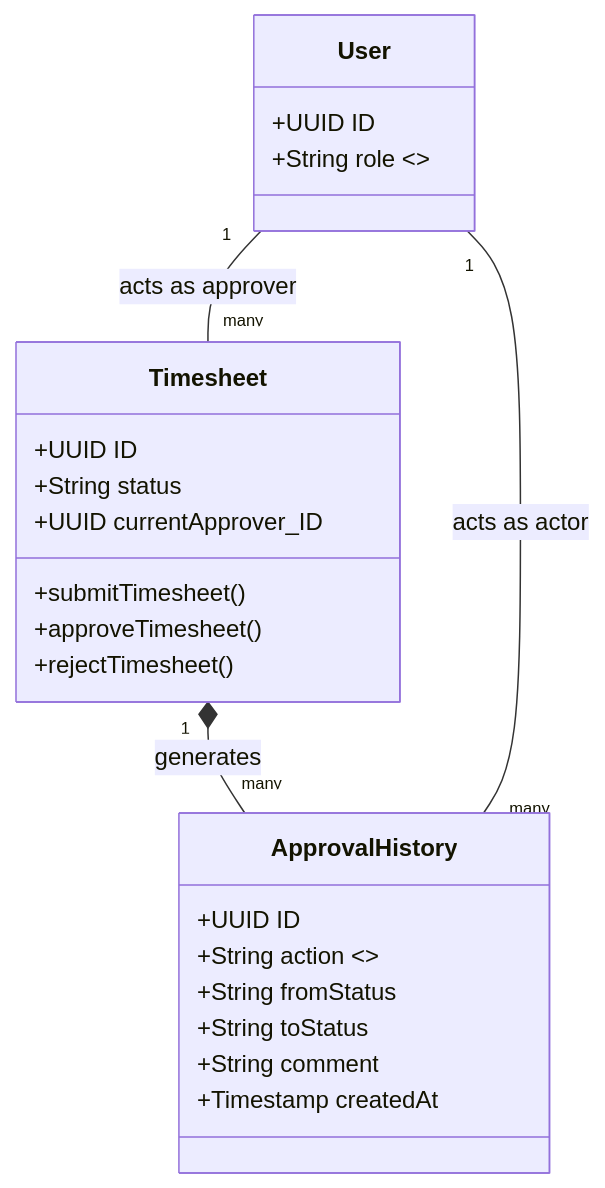
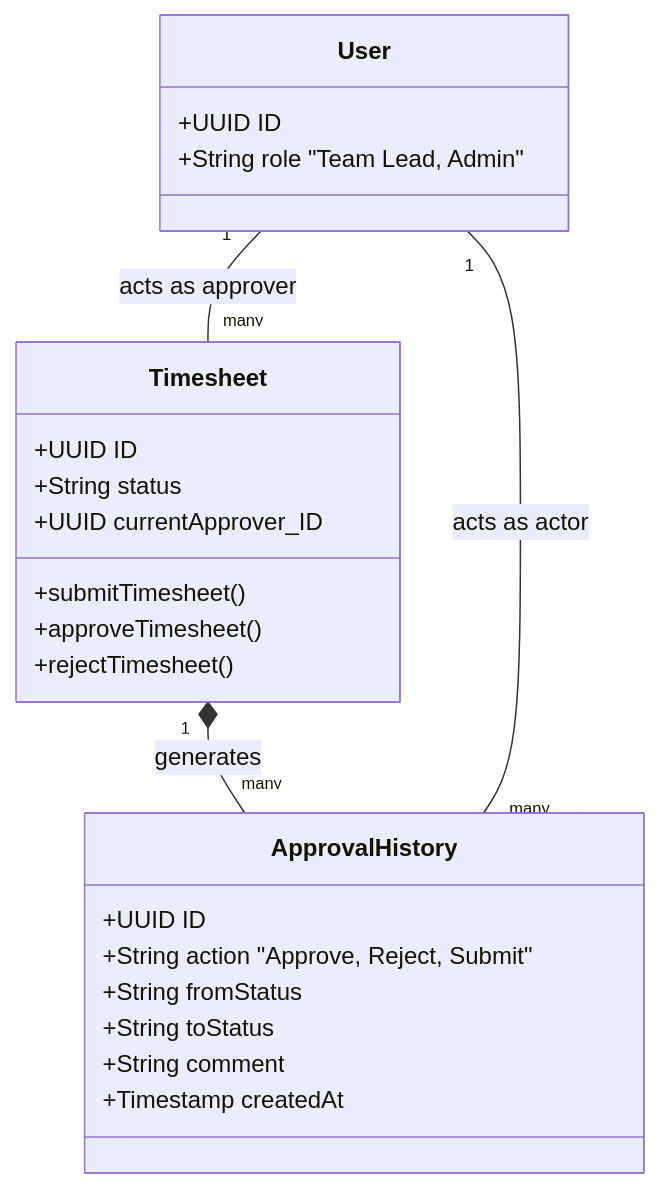
Before and after one commit to mindinh/timesheet-management: the second of 2 diagrams in docs/approvals/README.md, drawn with Mermaid. The commit also changed 6 other files, not shown here.

````diff
--- a/docs/approvals/README.md
+++ b/docs/approvals/README.md
@@ -104,29 +104,29 @@
 ```mermaid
 classDiagram
     class Timesheet {
         +UUID ID
         +String status
         +UUID currentApprover_ID
         +submitTimesheet()
         +approveTimesheet()
         +rejectTimesheet()
     }
     
     class ApprovalHistory {
         +UUID ID
-        +String action <<Approve, Reject, Submit>>
+        +String action "Approve, Reject, Submit"
         +String fromStatus
         +String toStatus
         +String comment
         +Timestamp createdAt
     }
     
     class User {
         +UUID ID
-        +String role <<Team Lead, Admin>>
+        +String role "Team Lead, Admin"
     }
 
     Timesheet "1" *-- "many" ApprovalHistory : generates
     User "1" -- "many" ApprovalHistory : acts as actor
     User "1" -- "many" Timesheet : acts as approver
 ```
````
